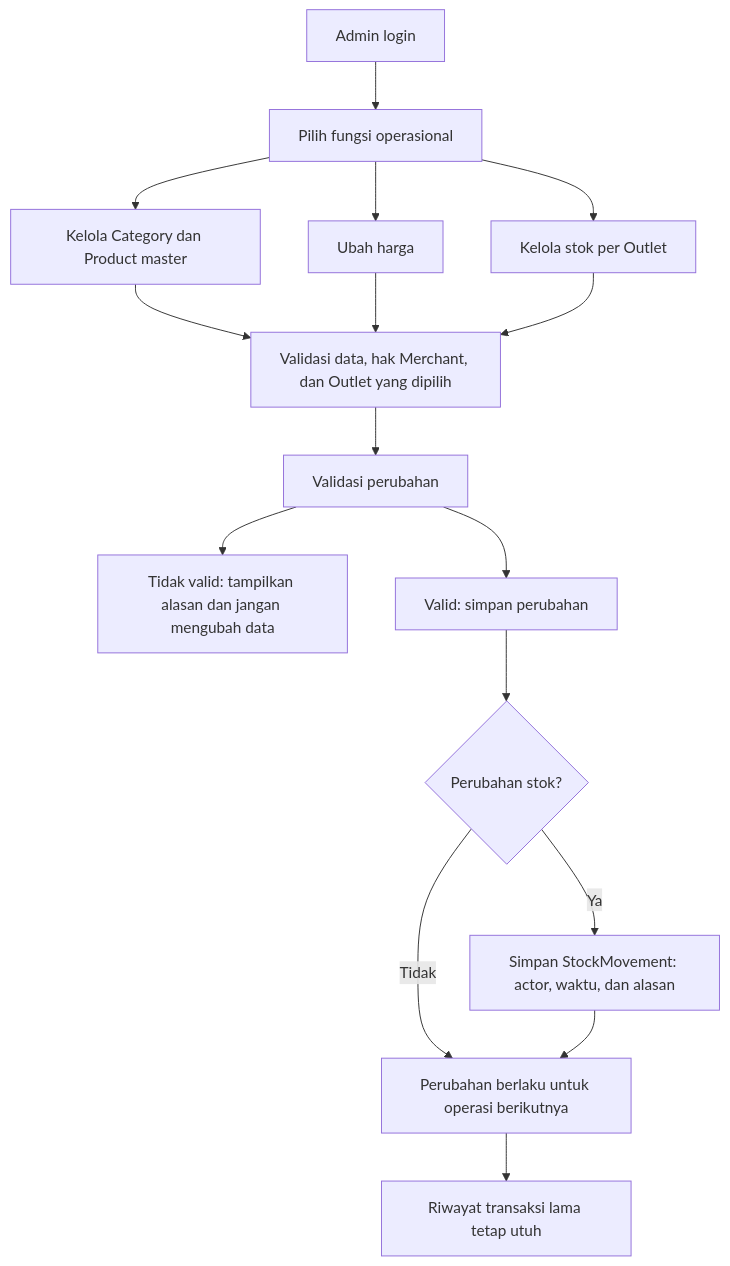
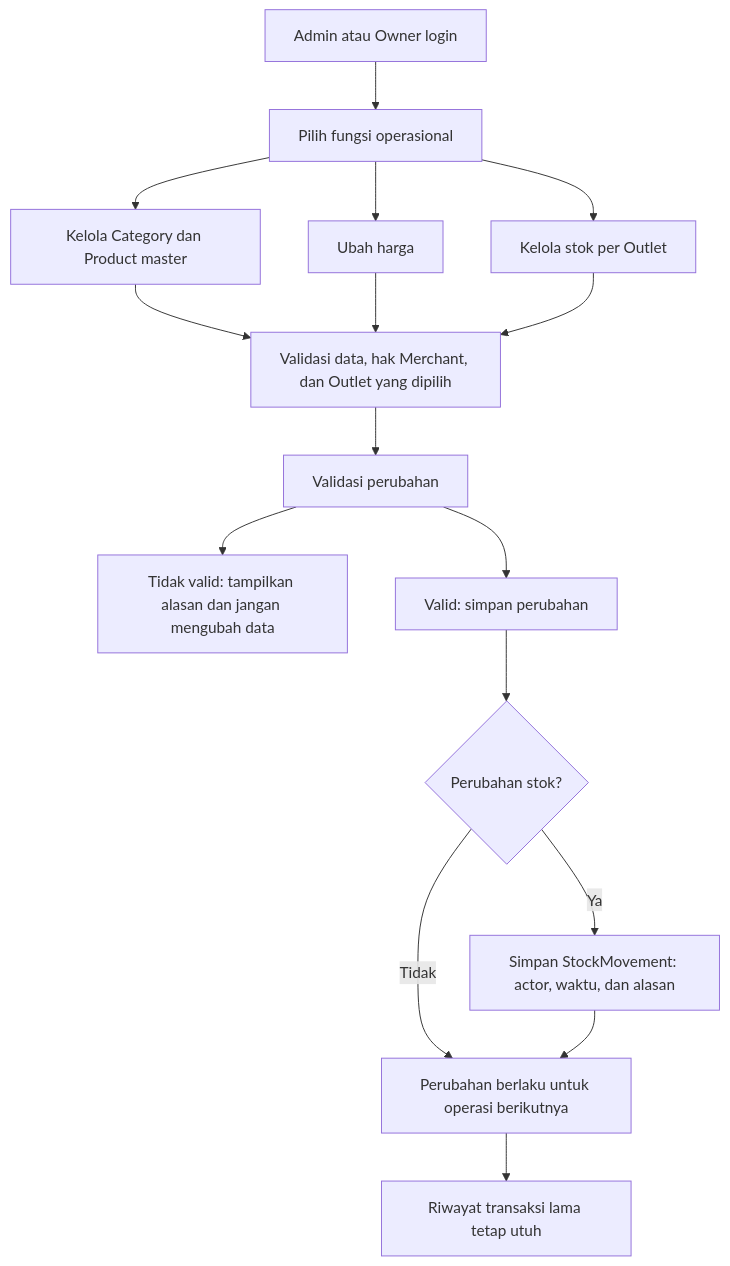
The fourth of 5 diagrams in docs/deliverables/01-iterasi-1-business-flow.md (TeamOneee/pos-project-be), drawn with Mermaid before and after one commit. The commit also changed other lines of this file and 4 other files, not shown here.

````diff
--- a/docs/deliverables/01-iterasi-1-business-flow.md
+++ b/docs/deliverables/01-iterasi-1-business-flow.md
@@ -378,18 +378,18 @@
 ```mermaid
 flowchart TD
-    A["Admin login"] --> B["Pilih fungsi operasional"]
+    A["Admin atau Owner login"] --> B["Pilih fungsi operasional"]
     B --> C["Kelola Category dan Product master"]
     B --> D["Ubah harga"]
     B --> E["Kelola stok per Outlet"]
     C --> F["Validasi data, hak Merchant, dan Outlet yang dipilih"]
     D --> F
     E --> F
     F --> G["Validasi perubahan"]
     G --> H["Tidak valid: tampilkan alasan dan jangan mengubah data"]
     G --> I["Valid: simpan perubahan"]
     I --> L{"Perubahan stok?"}
     L -->|Ya| M["Simpan StockMovement: actor, waktu, dan alasan"]
     L -->|Tidak| J["Perubahan berlaku untuk operasi berikutnya"]
     M --> J
     J --> K["Riwayat transaksi lama tetap utuh"]
 ```
````
